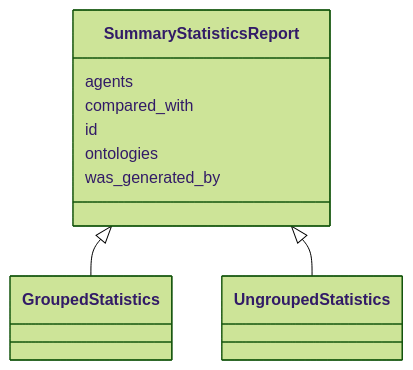
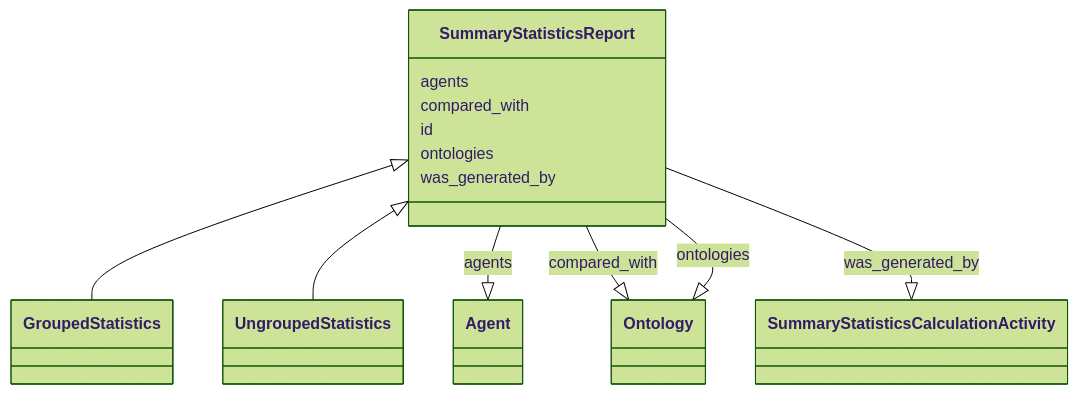
Before and after one commit to cthoyt/ontology-access-kit: the diagram in summary-statistics/SummaryStatisticsReport.md, drawn with Mermaid (forest theme). The commit also changed other lines of this file and 3287 other files, not shown here.

````diff
--- a/summary-statistics/SummaryStatisticsReport.md
+++ b/summary-statistics/SummaryStatisticsReport.md
@@ -13,13 +16,26 @@
 ```{mermaid}
  classDiagram
     class SummaryStatisticsReport
       SummaryStatisticsReport <|-- GroupedStatistics
       SummaryStatisticsReport <|-- UngroupedStatistics
       
       SummaryStatisticsReport : agents
+        
+          SummaryStatisticsReport --|> Agent : agents
+        
       SummaryStatisticsReport : compared_with
+        
+          SummaryStatisticsReport --|> Ontology : compared_with
+        
       SummaryStatisticsReport : id
+        
       SummaryStatisticsReport : ontologies
+        
+          SummaryStatisticsReport --|> Ontology : ontologies
+        
       SummaryStatisticsReport : was_generated_by
+        
+          SummaryStatisticsReport --|> SummaryStatisticsCalculationActivity : was_generated_by
+        
       
 ```
````
